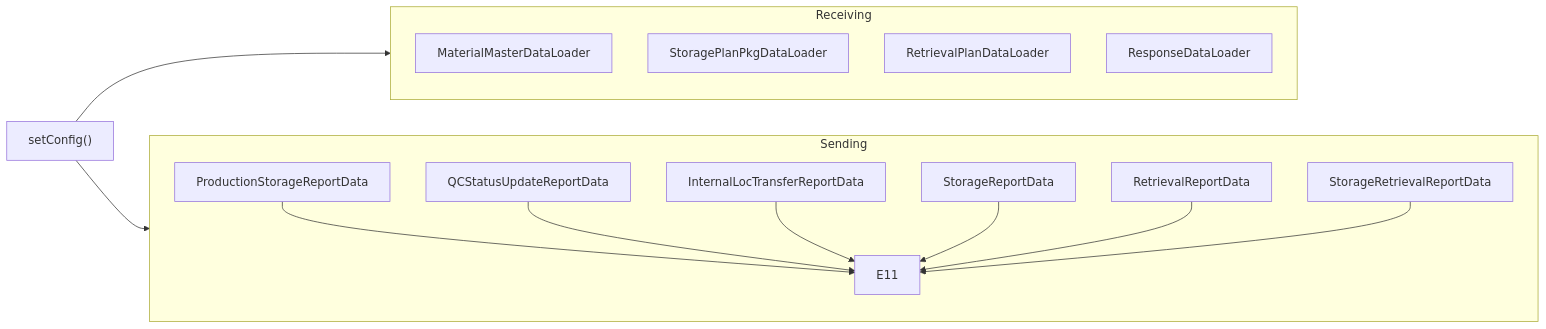
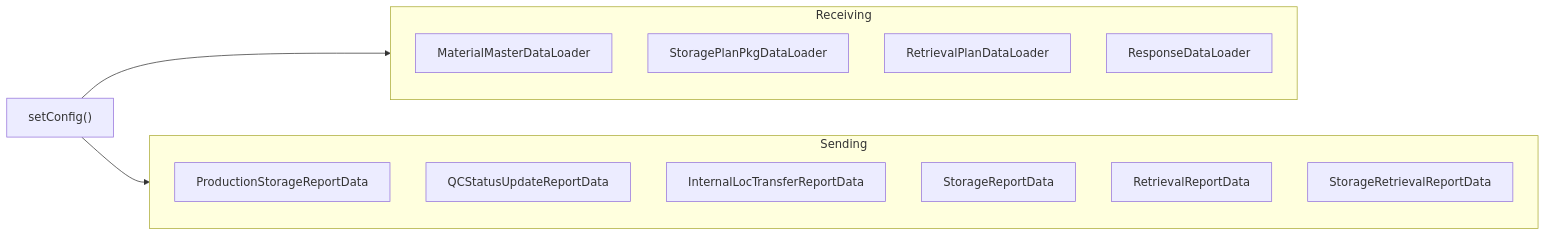
The third of 3 diagrams in Basic-Design/Host-Interfaces.md (luthfiadityaa/SimeDarby-Wiki), drawn with Mermaid before and after one commit.

Commit message:
Updated Host Interfaces

```diff
--- a/Basic-Design/Host-Interfaces.md
+++ b/Basic-Design/Host-Interfaces.md
@@ -74,23 +74,23 @@
 ::: mermaid
 flowchart LR
  C1["setConfig()"]  
  C1 --> Receiving 
  C1 --> Sending 
 
 subgraph Receiving
  C21["MaterialMasterDataLoader"]
  C22["StoragePlanPkgDataLoader"] 
  C23["RetrievalPlanDataLoader"] 
  C24["ResponseDataLoader"]
 end
 
 subgraph Sending
- C25["ProductionStorageReportData"] --> E11
- C26["QCStatusUpdateReportData"] --> E11
- C27["InternalLocTransferReportData"] --> E11
- C28["StorageReportData"] --> E11
- C29["RetrievalReportData"] --> E11
- C30["StorageRetrievalReportData"] --> E11
+ C25["ProductionStorageReportData"]
+ C26["QCStatusUpdateReportData"]
+ C27["InternalLocTransferReportData"] 
+ C28["StorageReportData"]
+ C29["RetrievalReportData"] 
+ C30["StorageRetrievalReportData"] 
 end
  
 :::
```
